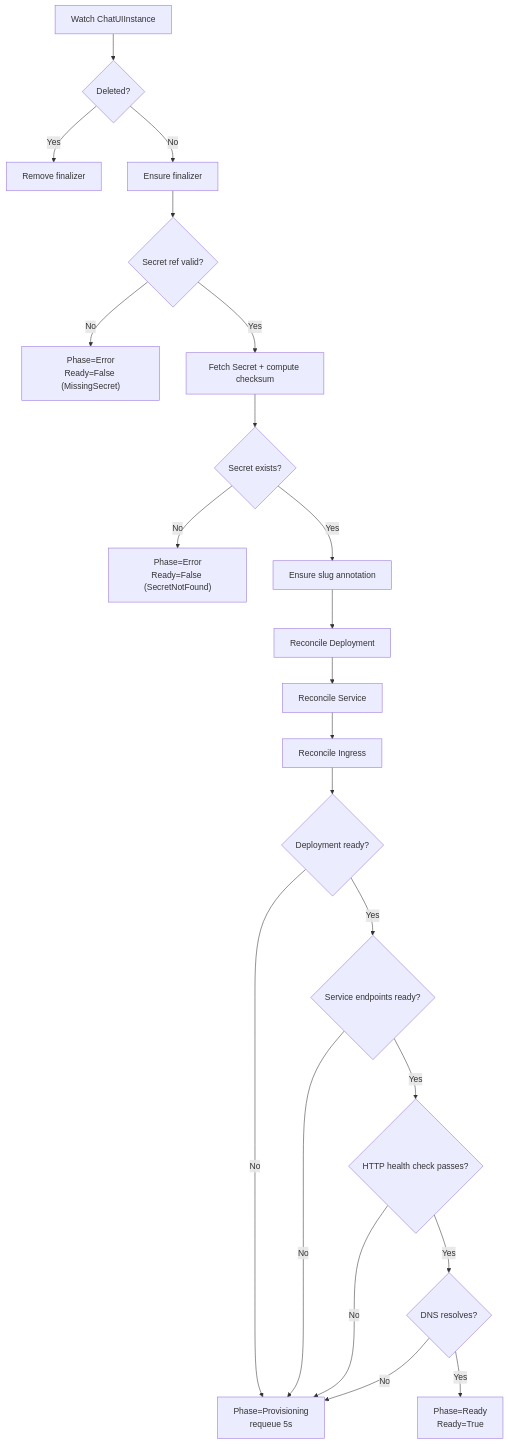
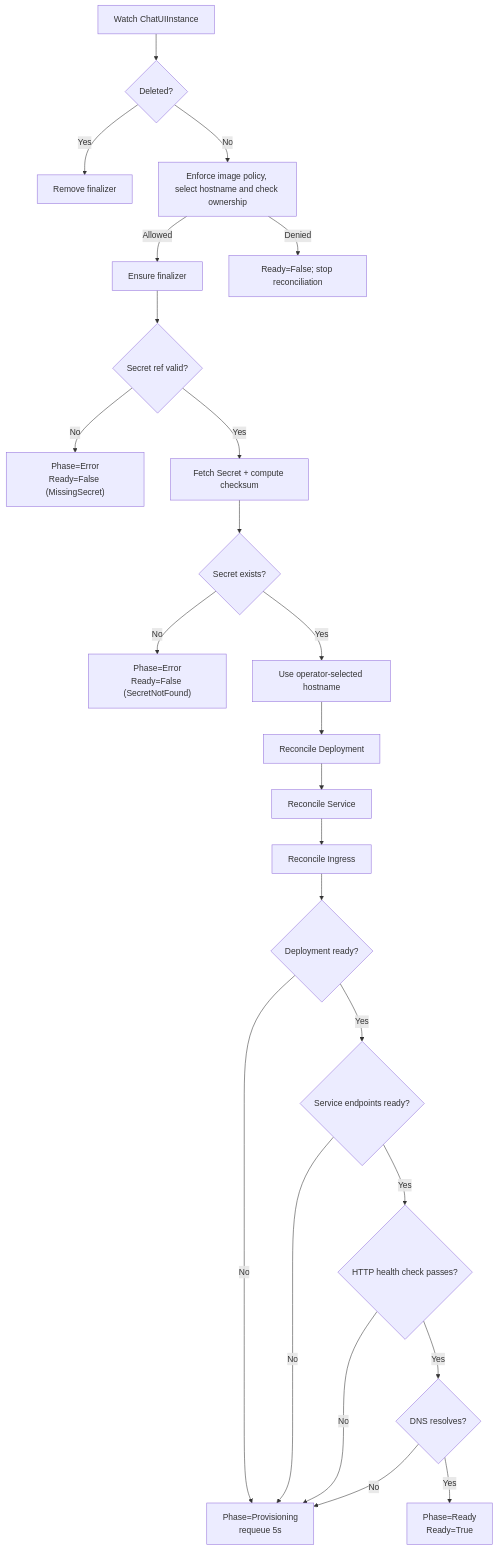
Before and after one commit to apeirora/showroom-msp-chat-ui: the second of 3 diagrams in docs/architecture.md, drawn with Mermaid. The commit also changed other lines of this file and 54 other files, not shown here.

First line of the commit message:
fix: Enforce Chat UI image, hostname and instance access policies (#139)

````diff
--- a/docs/architecture.md
+++ b/docs/architecture.md
@@ -90,24 +92,26 @@
 ```mermaid
 flowchart TD
     A[Watch ChatUIInstance] --> B{Deleted?}
     B -->|Yes| C[Remove finalizer]
-    B -->|No| D[Ensure finalizer]
+    B -->|No| V[Enforce image policy, select hostname and check ownership]
+    V -->|Allowed| D[Ensure finalizer]
+    V -->|Denied| X[Ready=False; stop reconciliation]
     D --> E{Secret ref valid?}
     E -->|No| F["Phase=Error<br/>Ready=False (MissingSecret)"]
     E -->|Yes| G[Fetch Secret + compute checksum]
     G --> H{Secret exists?}
     H -->|No| I["Phase=Error<br/>Ready=False (SecretNotFound)"]
-    H -->|Yes| J[Ensure slug annotation]
+    H -->|Yes| J[Use operator-selected hostname]
     J --> K[Reconcile Deployment]
     K --> L[Reconcile Service]
     L --> M[Reconcile Ingress]
     M --> N{Deployment ready?}
     N -->|No| O["Phase=Provisioning<br/>requeue 5s"]
     N -->|Yes| P{Service endpoints ready?}
     P -->|No| O
     P -->|Yes| Q{HTTP health check passes?}
     Q -->|No| O
     Q -->|Yes| R{DNS resolves?}
     R -->|No| O
     R -->|Yes| S["Phase=Ready<br/>Ready=True"]
 ```
````
